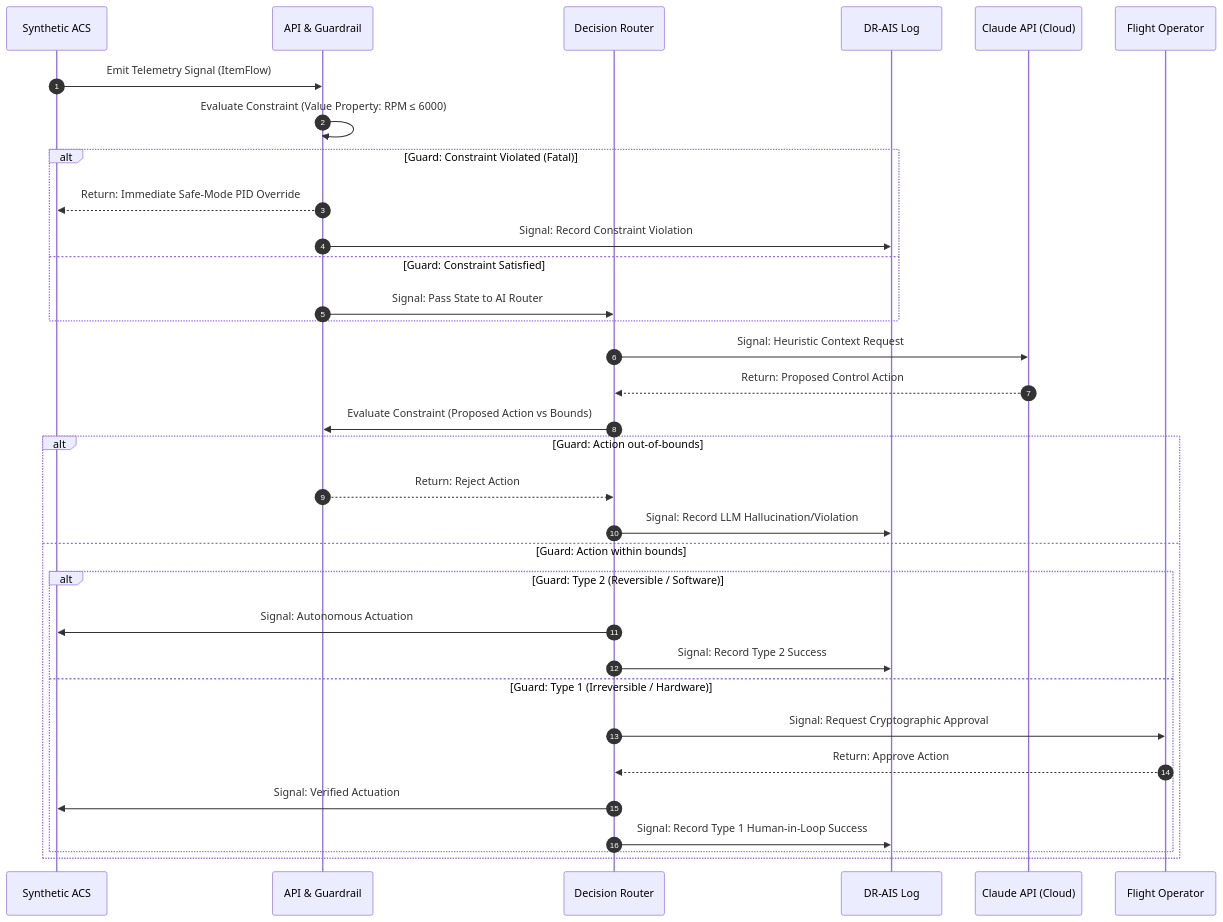
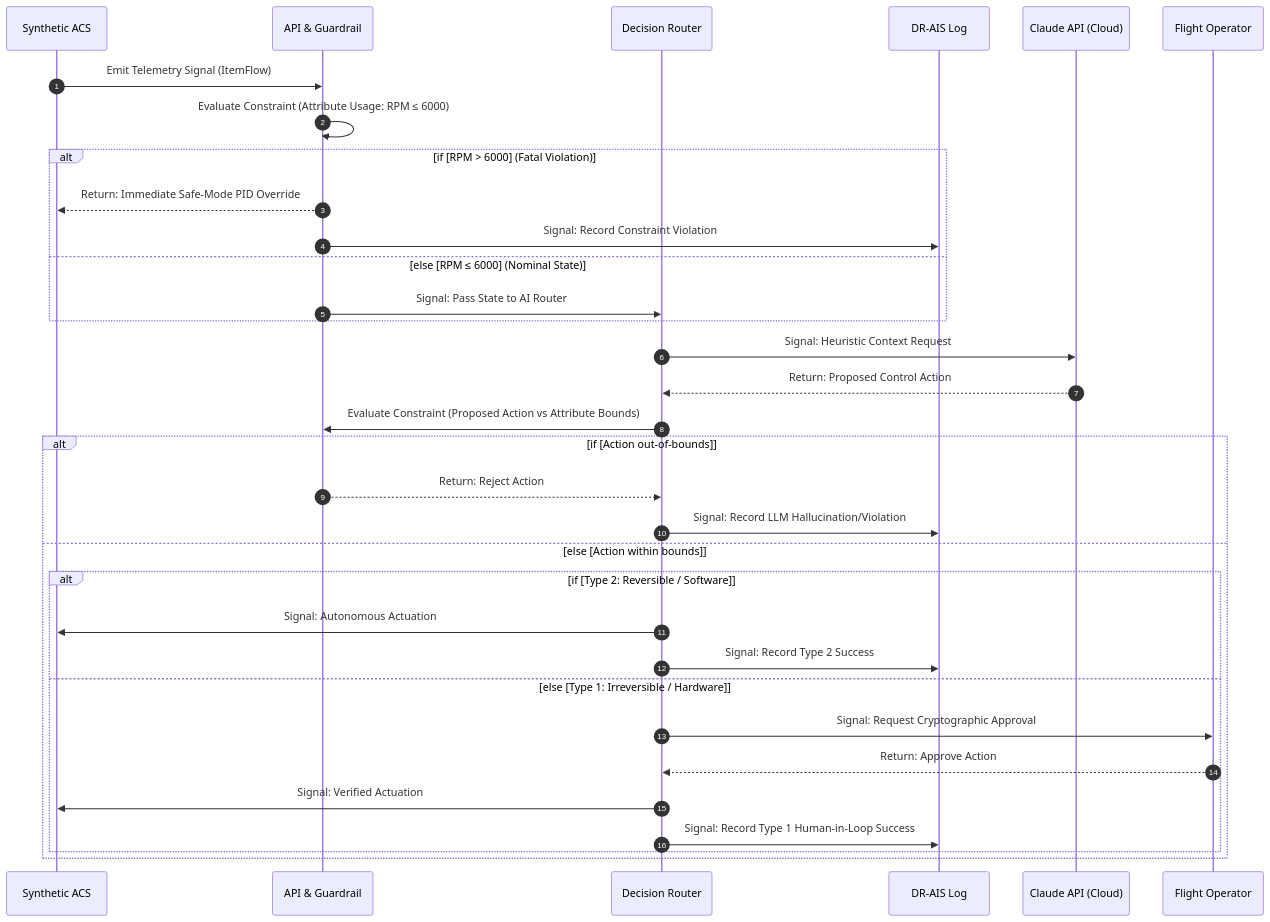
Before and after one commit to camirian/safe-acs: the third of 4 diagrams in ARCHITECTURE.md, drawn with Mermaid. The commit also changed other lines of this file, not shown here.

Commit message:
docs: strictly adhere to SysML v2 semantics for sequence model and fix alt block contrast

````diff
--- a/ARCHITECTURE.md
+++ b/ARCHITECTURE.md
@@ -87,41 +87,42 @@
 ```mermaid
+%%{init: { 'themeVariables': { 'altBackground': 'rgba(200, 200, 200, 0.2)', 'altBorder': '#666666'}}}%%
 sequenceDiagram
     autonumber
     
     participant Sim as Synthetic ACS
     participant Edge as API & Guardrail
     participant Router as Decision Router
     participant Log as DR-AIS Log
     participant Claude as Claude API (Cloud)
     participant Human as Flight Operator
     
     Sim->>Edge: Emit Telemetry Signal (ItemFlow)
-    Edge->>Edge: Evaluate Constraint (Value Property: RPM ≤ 6000)
+    Edge->>Edge: Evaluate Constraint (Attribute Usage: RPM ≤ 6000)
     
-    alt Guard: Constraint Violated (Fatal)
+    alt if [RPM > 6000] (Fatal Violation)
         Edge-->>Sim: Return: Immediate Safe-Mode PID Override
         Edge->>Log: Signal: Record Constraint Violation
-    else Guard: Constraint Satisfied
+    else else [RPM ≤ 6000] (Nominal State)
         Edge->>Router: Signal: Pass State to AI Router
     end
     
     Router->>Claude: Signal: Heuristic Context Request
     Claude-->>Router: Return: Proposed Control Action
     
-    Router->>Edge: Evaluate Constraint (Proposed Action vs Bounds)
+    Router->>Edge: Evaluate Constraint (Proposed Action vs Attribute Bounds)
     
-    alt Guard: Action out-of-bounds
+    alt if [Action out-of-bounds]
         Edge-->>Router: Return: Reject Action
         Router->>Log: Signal: Record LLM Hallucination/Violation
-    else Guard: Action within bounds
-        alt Guard: Type 2 (Reversible / Software)
+    else else [Action within bounds]
+        alt if [Type 2: Reversible / Software]
             Router->>Sim: Signal: Autonomous Actuation
             Router->>Log: Signal: Record Type 2 Success
-        else Guard: Type 1 (Irreversible / Hardware)
+        else else [Type 1: Irreversible / Hardware]
             Router->>Human: Signal: Request Cryptographic Approval
             Human-->>Router: Return: Approve Action
             Router->>Sim: Signal: Verified Actuation
             Router->>Log: Signal: Record Type 1 Human-in-Loop Success
         end
     end
 ```
````
